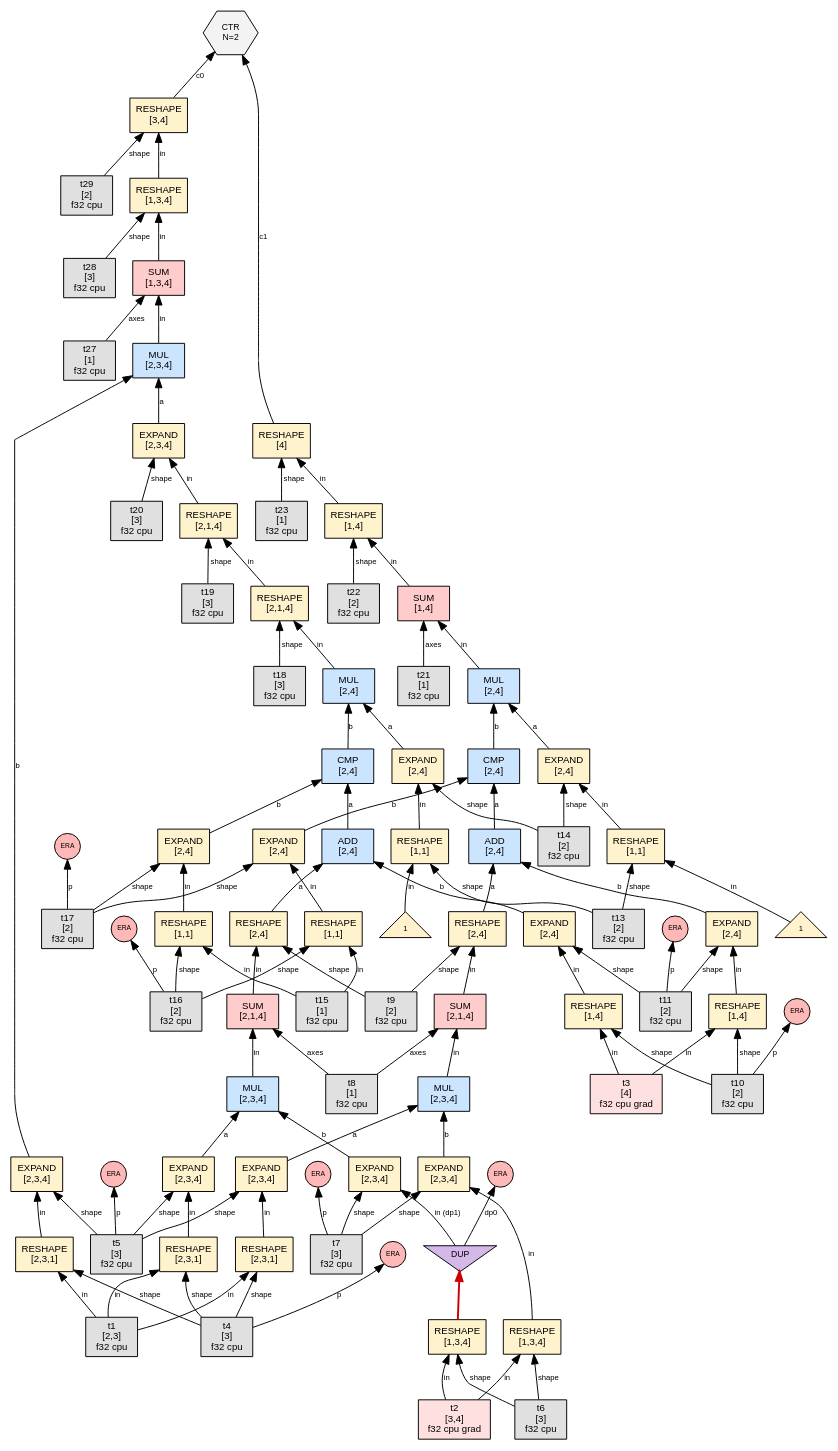
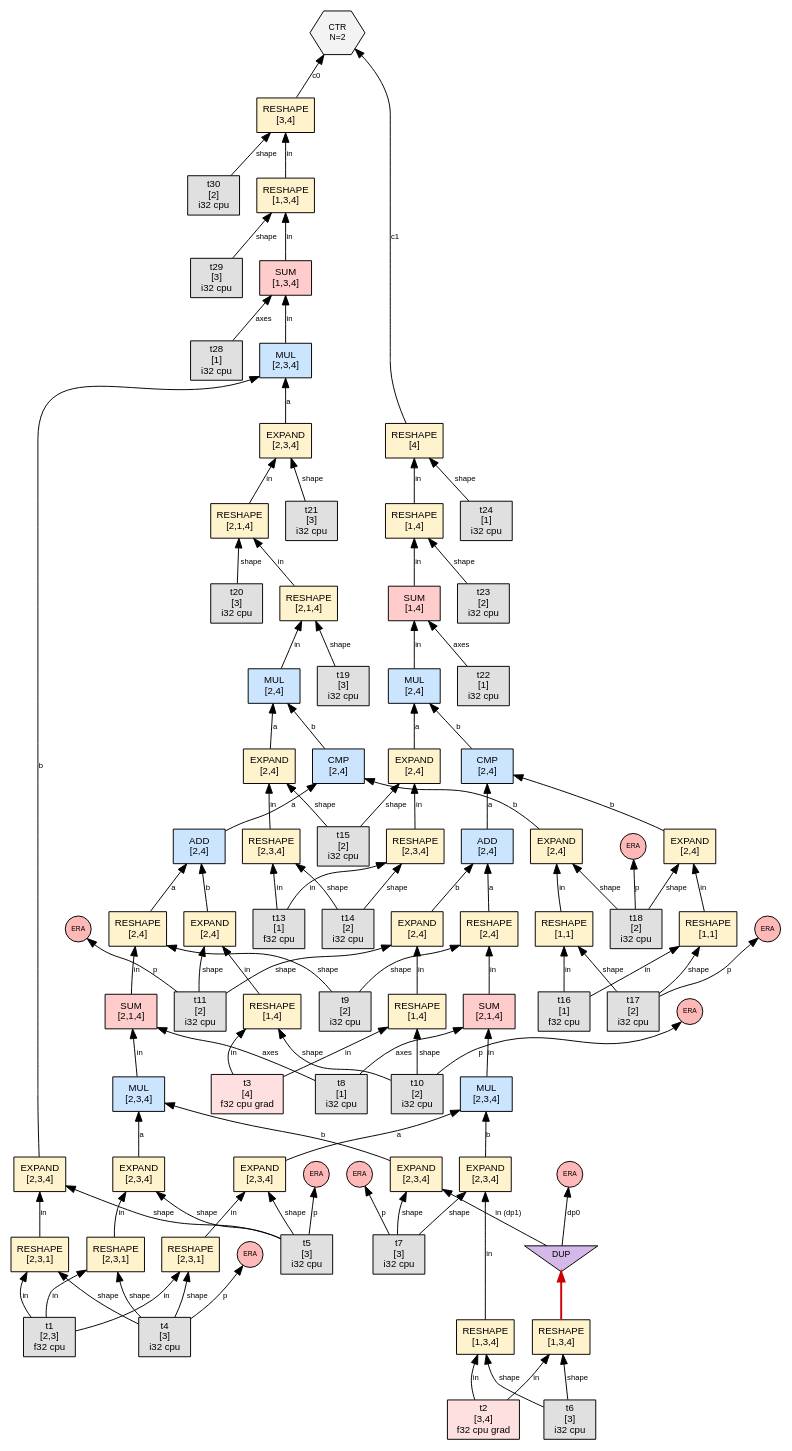
The diagram in phase1_graphs/tiny_linear_bias_keep/step_116_interact_DP0.dot (sw1sh/TinyHVM), drawn with Graphviz before and after one commit. The commit also changed 448 other files, not shown here.

First line of the commit message:
test: refresh archived phase graphs

```diff
--- a/phase1_graphs/tiny_linear_bias_keep/step_116_interact_DP0.dot
+++ b/phase1_graphs/tiny_linear_bias_keep/step_116_interact_DP0.dot
@@ -1,188 +1,187 @@
 digraph G {
   // PREV_INTERACTION: interact_DP0
   // NEXT_INTERACTION: interact_DP0
   rankdir=BT;
   node [fontname="Helvetica", fontsize=10, style=filled, shape=box, margin="0.1,0.05"];
   edge [fontsize=8, fontname="Helvetica"];
 
   n267 [label="RESHAPE\n[3,4]", shape=box, fillcolor="#fff3cd"];
   n251 -> n267 [label="in"];
-  t29 [label="t29\n[2]\nf32 cpu",shape=box,fillcolor="#e0e0e0"];
-  t29 -> n267 [label="shape"];
+  t30 [label="t30\n[2]\ni32 cpu",shape=box,fillcolor="#e0e0e0"];
+  t30 -> n267 [label="shape"];
   n173 [label="RESHAPE\n[4]", shape=box, fillcolor="#fff3cd"];
   n161 -> n173 [label="in"];
-  t23 [label="t23\n[1]\nf32 cpu",shape=box,fillcolor="#e0e0e0"];
-  t23 -> n173 [label="shape"];
+  t24 [label="t24\n[1]\ni32 cpu",shape=box,fillcolor="#e0e0e0"];
+  t24 -> n173 [label="shape"];
   ctr52 [label="CTR\nN=2", shape=hexagon, fillcolor="#f3f3f3", fontsize=9];
   n267 -> ctr52 [label="c0"];
   n173 -> ctr52 [label="c1"];
   n181 [label="EXPAND\n[2,4]", shape=box, fillcolor="#fff3cd"];
   n275 -> n181 [label="in"];
-  t14 [label="t14\n[2]\nf32 cpu",shape=box,fillcolor="#e0e0e0"];
-  t14 -> n181 [label="shape"];
+  t15 [label="t15\n[2]\ni32 cpu",shape=box,fillcolor="#e0e0e0"];
+  t15 -> n181 [label="shape"];
   n186 [label="CMP\n[2,4]", shape=box, fillcolor="#cce5ff"];
   n279 -> n186 [label="a"];
   n285 -> n186 [label="b"];
   n202 [label="EXPAND\n[2,3,4]", shape=box, fillcolor="#fff3cd"];
   n290 -> n202 [label="in"];
-  t20 [label="t20\n[3]\nf32 cpu",shape=box,fillcolor="#e0e0e0"];
-  t20 -> n202 [label="shape"];
+  t21 [label="t21\n[3]\ni32 cpu",shape=box,fillcolor="#e0e0e0"];
+  t21 -> n202 [label="shape"];
   n212 [label="EXPAND\n[2,3,4]", shape=box, fillcolor="#fff3cd"];
   n233 -> n212 [label="in"];
-  t5 [label="t5\n[3]\nf32 cpu",shape=box,fillcolor="#e0e0e0"];
+  t5 [label="t5\n[3]\ni32 cpu",shape=box,fillcolor="#e0e0e0"];
   t5 -> n212 [label="shape"];
   n107 [label="MUL\n[2,4]", shape=box, fillcolor="#cce5ff"];
   n181 -> n107 [label="a"];
   n186 -> n107 [label="b"];
   n157 [label="SUM\n[1,4]", shape=box, fillcolor="#ffcccc"];
   n107 -> n157 [label="in"];
-  t21 [label="t21\n[1]\nf32 cpu",shape=box,fillcolor="#e0e0e0"];
-  t21 -> n157 [label="axes"];
+  t22 [label="t22\n[1]\ni32 cpu",shape=box,fillcolor="#e0e0e0"];
+  t22 -> n157 [label="axes"];
   n161 [label="RESHAPE\n[1,4]", shape=box, fillcolor="#fff3cd"];
   n157 -> n161 [label="in"];
-  t22 [label="t22\n[2]\nf32 cpu",shape=box,fillcolor="#e0e0e0"];
-  t22 -> n161 [label="shape"];
-  n275 [label="RESHAPE\n[1,1]", shape=box, fillcolor="#fff3cd"];
-  num275_0 [label="1",shape=triangle,fillcolor="#fff2cc",fontsize=8];
-  num275_0 -> n275 [label="in"];
-  t13 [label="t13\n[2]\nf32 cpu",shape=box,fillcolor="#e0e0e0"];
-  t13 -> n275 [label="shape"];
+  t23 [label="t23\n[2]\ni32 cpu",shape=box,fillcolor="#e0e0e0"];
+  t23 -> n161 [label="shape"];
+  n275 [label="RESHAPE\n[2,3,4]", shape=box, fillcolor="#fff3cd"];
+  t13 [label="t13\n[1]\nf32 cpu",shape=box,fillcolor="#e0e0e0"];
+  t13 -> n275 [label="in"];
+  t14 [label="t14\n[2]\ni32 cpu",shape=box,fillcolor="#e0e0e0"];
+  t14 -> n275 [label="shape"];
   n279 [label="ADD\n[2,4]", shape=box, fillcolor="#cce5ff"];
   n335 -> n279 [label="a"];
   n340 -> n279 [label="b"];
   n285 [label="EXPAND\n[2,4]", shape=box, fillcolor="#fff3cd"];
   n345 -> n285 [label="in"];
-  t17 [label="t17\n[2]\nf32 cpu",shape=box,fillcolor="#e0e0e0"];
-  t17 -> n285 [label="shape"];
+  t18 [label="t18\n[2]\ni32 cpu",shape=box,fillcolor="#e0e0e0"];
+  t18 -> n285 [label="shape"];
   n290 [label="RESHAPE\n[2,1,4]", shape=box, fillcolor="#fff3cd"];
   n307 -> n290 [label="in"];
-  t19 [label="t19\n[3]\nf32 cpu",shape=box,fillcolor="#e0e0e0"];
-  t19 -> n290 [label="shape"];
+  t20 [label="t20\n[3]\ni32 cpu",shape=box,fillcolor="#e0e0e0"];
+  t20 -> n290 [label="shape"];
   n233 [label="RESHAPE\n[2,3,1]", shape=box, fillcolor="#fff3cd"];
   t1 [label="t1\n[2,3]\nf32 cpu",shape=box,fillcolor="#e0e0e0"];
   t1 -> n233 [label="in"];
-  t4 [label="t4\n[3]\nf32 cpu",shape=box,fillcolor="#e0e0e0"];
+  t4 [label="t4\n[3]\ni32 cpu",shape=box,fillcolor="#e0e0e0"];
   t4 -> n233 [label="shape"];
   n147 [label="MUL\n[2,3,4]", shape=box, fillcolor="#cce5ff"];
   n202 -> n147 [label="a"];
   n212 -> n147 [label="b"];
   n247 [label="SUM\n[1,3,4]", shape=box, fillcolor="#ffcccc"];
   n147 -> n247 [label="in"];
-  t27 [label="t27\n[1]\nf32 cpu",shape=box,fillcolor="#e0e0e0"];
-  t27 -> n247 [label="axes"];
+  t28 [label="t28\n[1]\ni32 cpu",shape=box,fillcolor="#e0e0e0"];
+  t28 -> n247 [label="axes"];
   n251 [label="RESHAPE\n[1,3,4]", shape=box, fillcolor="#fff3cd"];
   n247 -> n251 [label="in"];
-  t28 [label="t28\n[3]\nf32 cpu",shape=box,fillcolor="#e0e0e0"];
-  t28 -> n251 [label="shape"];
+  t29 [label="t29\n[3]\ni32 cpu",shape=box,fillcolor="#e0e0e0"];
+  t29 -> n251 [label="shape"];
   n335 [label="RESHAPE\n[2,4]", shape=box, fillcolor="#fff3cd"];
   n376 -> n335 [label="in"];
-  t9 [label="t9\n[2]\nf32 cpu",shape=box,fillcolor="#e0e0e0"];
+  t9 [label="t9\n[2]\ni32 cpu",shape=box,fillcolor="#e0e0e0"];
   t9 -> n335 [label="shape"];
   n340 [label="EXPAND\n[2,4]", shape=box, fillcolor="#fff3cd"];
   n424 -> n340 [label="in"];
-  t11 [label="t11\n[2]\nf32 cpu",shape=box,fillcolor="#e0e0e0"];
+  t11 [label="t11\n[2]\ni32 cpu",shape=box,fillcolor="#e0e0e0"];
   t11 -> n340 [label="shape"];
   n345 [label="RESHAPE\n[1,1]", shape=box, fillcolor="#fff3cd"];
-  t15 [label="t15\n[1]\nf32 cpu",shape=box,fillcolor="#e0e0e0"];
-  t15 -> n345 [label="in"];
-  t16 [label="t16\n[2]\nf32 cpu",shape=box,fillcolor="#e0e0e0"];
-  t16 -> n345 [label="shape"];
+  t16 [label="t16\n[1]\nf32 cpu",shape=box,fillcolor="#e0e0e0"];
+  t16 -> n345 [label="in"];
+  t17 [label="t17\n[2]\ni32 cpu",shape=box,fillcolor="#e0e0e0"];
+  t17 -> n345 [label="shape"];
   n307 [label="RESHAPE\n[2,1,4]", shape=box, fillcolor="#fff3cd"];
   n314 -> n307 [label="in"];
-  t18 [label="t18\n[3]\nf32 cpu",shape=box,fillcolor="#e0e0e0"];
-  t18 -> n307 [label="shape"];
+  t19 [label="t19\n[3]\ni32 cpu",shape=box,fillcolor="#e0e0e0"];
+  t19 -> n307 [label="shape"];
   n314 [label="MUL\n[2,4]", shape=box, fillcolor="#cce5ff"];
   n322 -> n314 [label="a"];
   n353 -> n314 [label="b"];
   n322 [label="EXPAND\n[2,4]", shape=box, fillcolor="#fff3cd"];
   n329 -> n322 [label="in"];
-  t14 -> n322 [label="shape"];
+  t15 -> n322 [label="shape"];
   n353 [label="CMP\n[2,4]", shape=box, fillcolor="#cce5ff"];
   n361 -> n353 [label="a"];
   n428 -> n353 [label="b"];
-  n329 [label="RESHAPE\n[1,1]", shape=box, fillcolor="#fff3cd"];
-  num329_0 [label="1",shape=triangle,fillcolor="#fff2cc",fontsize=8];
-  num329_0 -> n329 [label="in"];
-  t13 -> n329 [label="shape"];
+  n329 [label="RESHAPE\n[2,3,4]", shape=box, fillcolor="#fff3cd"];
+  t13 -> n329 [label="in"];
+  t14 -> n329 [label="shape"];
   n376 [label="SUM\n[2,1,4]", shape=box, fillcolor="#ffcccc"];
   n388 -> n376 [label="in"];
-  t8 [label="t8\n[1]\nf32 cpu",shape=box,fillcolor="#e0e0e0"];
+  t8 [label="t8\n[1]\ni32 cpu",shape=box,fillcolor="#e0e0e0"];
   t8 -> n376 [label="axes"];
   n424 [label="RESHAPE\n[1,4]", shape=box, fillcolor="#fff3cd"];
   t3 [label="t3\n[4]\nf32 cpu grad",shape=box,fillcolor="#ffe0e0"];
   t3 -> n424 [label="in"];
-  t10 [label="t10\n[2]\nf32 cpu",shape=box,fillcolor="#e0e0e0"];
+  t10 [label="t10\n[2]\ni32 cpu",shape=box,fillcolor="#e0e0e0"];
   t10 -> n424 [label="shape"];
   n361 [label="ADD\n[2,4]", shape=box, fillcolor="#cce5ff"];
   n369 -> n361 [label="a"];
   n441 -> n361 [label="b"];
   n428 [label="EXPAND\n[2,4]", shape=box, fillcolor="#fff3cd"];
   n435 -> n428 [label="in"];
-  t17 -> n428 [label="shape"];
+  t18 -> n428 [label="shape"];
   n369 [label="RESHAPE\n[2,4]", shape=box, fillcolor="#fff3cd"];
   n381 -> n369 [label="in"];
   t9 -> n369 [label="shape"];
   n441 [label="EXPAND\n[2,4]", shape=box, fillcolor="#fff3cd"];
   n448 -> n441 [label="in"];
   t11 -> n441 [label="shape"];
   n381 [label="SUM\n[2,1,4]", shape=box, fillcolor="#ffcccc"];
   n394 -> n381 [label="in"];
   t8 -> n381 [label="axes"];
   n388 [label="MUL\n[2,3,4]", shape=box, fillcolor="#cce5ff"];
   n402 -> n388 [label="a"];
   n454 -> n388 [label="b"];
   n394 [label="MUL\n[2,3,4]", shape=box, fillcolor="#cce5ff"];
   n407 -> n394 [label="a"];
   n459 -> n394 [label="b"];
   n402 [label="EXPAND\n[2,3,4]", shape=box, fillcolor="#fff3cd"];
   n414 -> n402 [label="in"];
   t5 -> n402 [label="shape"];
   n454 [label="EXPAND\n[2,3,4]", shape=box, fillcolor="#fff3cd"];
   n466 -> n454 [label="in"];
-  t7 [label="t7\n[3]\nf32 cpu",shape=box,fillcolor="#e0e0e0"];
+  t7 [label="t7\n[3]\ni32 cpu",shape=box,fillcolor="#e0e0e0"];
   t7 -> n454 [label="shape"];
   n407 [label="EXPAND\n[2,3,4]", shape=box, fillcolor="#fff3cd"];
   n418 -> n407 [label="in"];
   t5 -> n407 [label="shape"];
   n459 [label="EXPAND\n[2,3,4]", shape=box, fillcolor="#fff3cd"];
   dup461 [label="DUP", shape=invtriangle, fillcolor="#d4b8e8", fontsize=9, width=0.7, height=0.5];
   n464 -> dup461 [color="#cc0000",penwidth=2.0];
   dup461 -> n459 [label="in (dp1)"];
   t7 -> n459 [label="shape"];
   era399 [label="ERA",shape=circle,width=0.38,height=0.38,fixedsize=true,fillcolor="#ffb8b8",fontsize=7];
   dup461 -> era399 [label="dp0"];
   n414 [label="RESHAPE\n[2,3,1]", shape=box, fillcolor="#fff3cd"];
   t1 -> n414 [label="in"];
   t4 -> n414 [label="shape"];
   n418 [label="RESHAPE\n[2,3,1]", shape=box, fillcolor="#fff3cd"];
   t1 -> n418 [label="in"];
   t4 -> n418 [label="shape"];
   era411 [label="ERA",shape=circle,width=0.38,height=0.38,fixedsize=true,fillcolor="#ffb8b8",fontsize=7];
   t5 -> era411 [label="p"];
   era421 [label="ERA",shape=circle,width=0.38,height=0.38,fixedsize=true,fillcolor="#ffb8b8",fontsize=7];
   t4 -> era421 [label="p"];
   n435 [label="RESHAPE\n[1,1]", shape=box, fillcolor="#fff3cd"];
-  t15 -> n435 [label="in"];
-  t16 -> n435 [label="shape"];
+  t16 -> n435 [label="in"];
+  t17 -> n435 [label="shape"];
   era432 [label="ERA",shape=circle,width=0.38,height=0.38,fixedsize=true,fillcolor="#ffb8b8",fontsize=7];
-  t17 -> era432 [label="p"];
+  t18 -> era432 [label="p"];
   era438 [label="ERA",shape=circle,width=0.38,height=0.38,fixedsize=true,fillcolor="#ffb8b8",fontsize=7];
-  t16 -> era438 [label="p"];
+  t17 -> era438 [label="p"];
   n448 [label="RESHAPE\n[1,4]", shape=box, fillcolor="#fff3cd"];
   t3 -> n448 [label="in"];
   t10 -> n448 [label="shape"];
   era445 [label="ERA",shape=circle,width=0.38,height=0.38,fixedsize=true,fillcolor="#ffb8b8",fontsize=7];
   t11 -> era445 [label="p"];
   era451 [label="ERA",shape=circle,width=0.38,height=0.38,fixedsize=true,fillcolor="#ffb8b8",fontsize=7];
   t10 -> era451 [label="p"];
   n466 [label="RESHAPE\n[1,3,4]", shape=box, fillcolor="#fff3cd"];
   t2 [label="t2\n[3,4]\nf32 cpu grad",shape=box,fillcolor="#ffe0e0"];
   t2 -> n466 [label="in"];
-  t6 [label="t6\n[3]\nf32 cpu",shape=box,fillcolor="#e0e0e0"];
+  t6 [label="t6\n[3]\ni32 cpu",shape=box,fillcolor="#e0e0e0"];
   t6 -> n466 [label="shape"];
   n464 [label="RESHAPE\n[1,3,4]", shape=box, fillcolor="#fff3cd"];
   t2 -> n464 [label="in"];
   t6 -> n464 [label="shape"];
   era463 [label="ERA",shape=circle,width=0.38,height=0.38,fixedsize=true,fillcolor="#ffb8b8",fontsize=7];
   t7 -> era463 [label="p"];
 }
```
